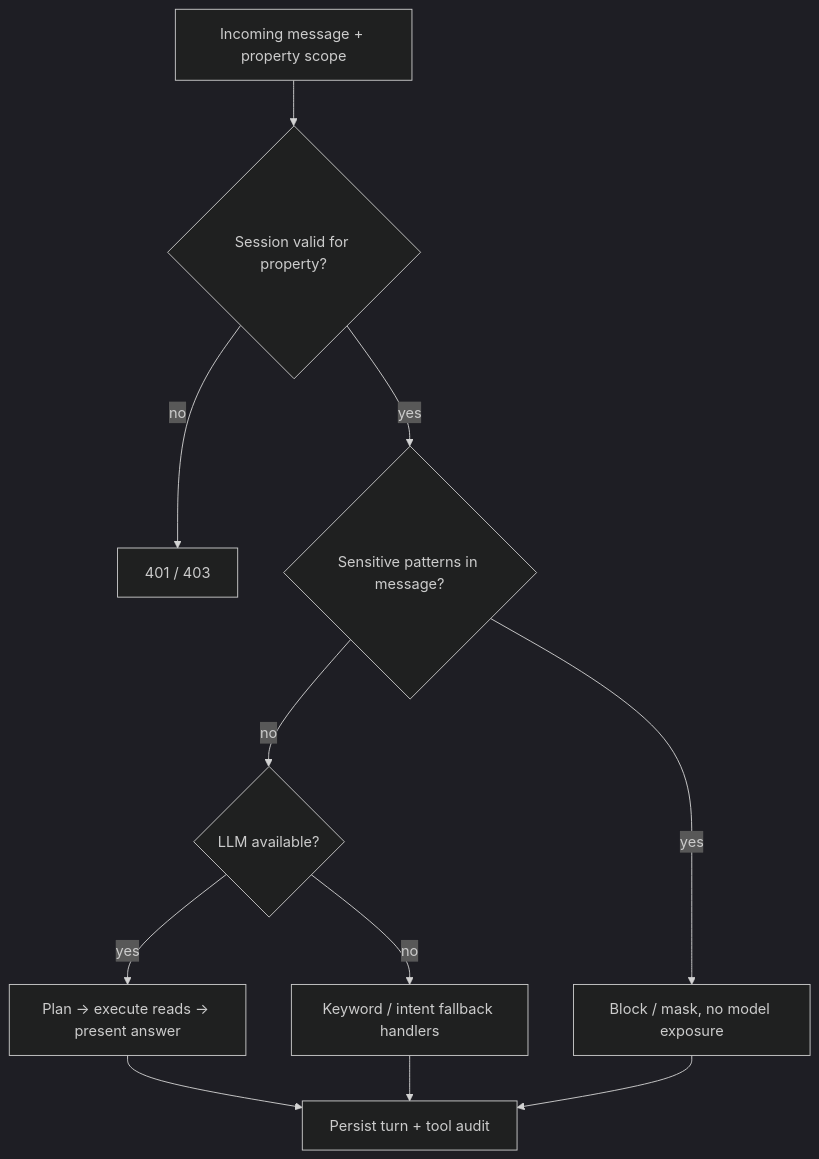
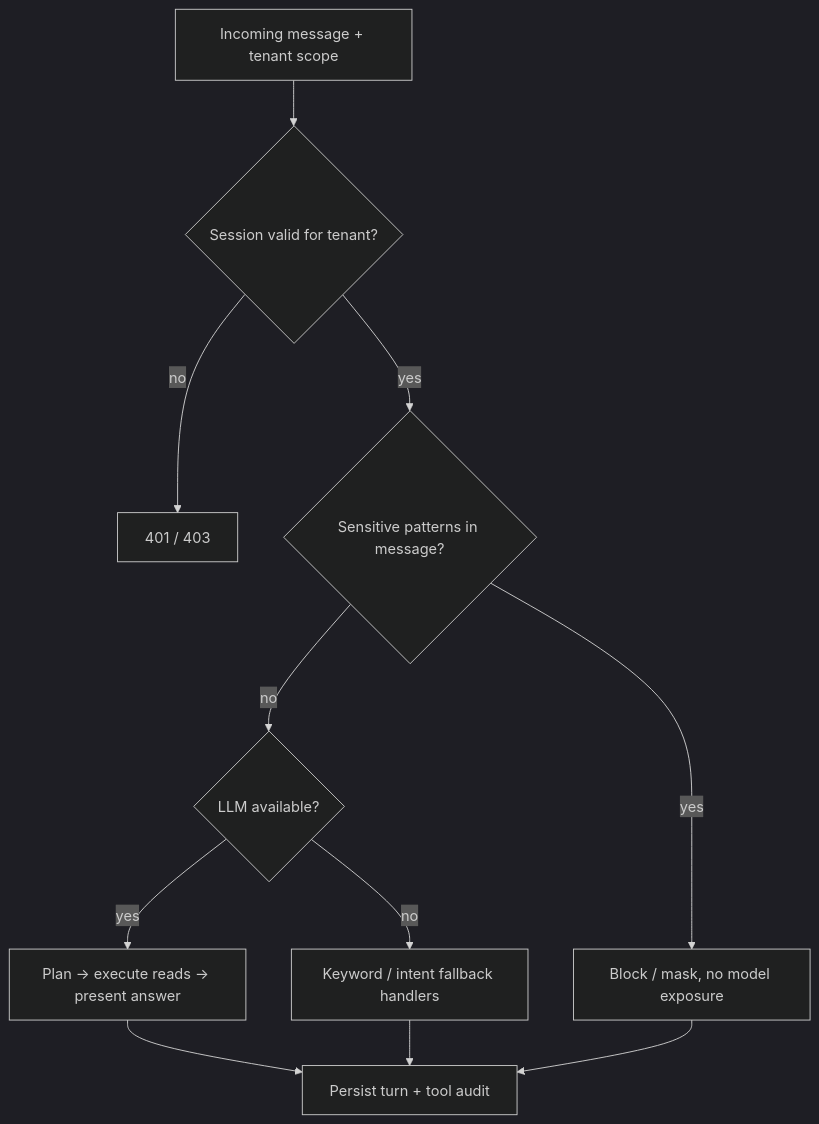
The second of 6 diagrams in content/blog/hotel-pms-ai-orchestrator.mdx (sahsisunny/Personal-Portfolio), drawn with Mermaid (dark theme) before and after one commit. The commit also changed other lines of this file and 7 other files, not shown here.

````diff
--- a/content/blog/hotel-pms-ai-orchestrator.mdx
+++ b/content/blog/hotel-pms-ai-orchestrator.mdx
@@ -89,13 +92,13 @@
 ```mermaid
 flowchart TD
-  A["Incoming message + property scope"] --> B{"Session valid for property?"}
+  A["Incoming message + tenant scope"] --> B{"Session valid for tenant?"}
   B -- no --> Z["401 / 403"]
   B -- yes --> C{"Sensitive patterns in message?"}
   C -- yes --> PCI["Block / mask, no model exposure"]
   C -- no --> D{"LLM available?"}
   D -- yes --> P["Plan → execute reads → present answer"]
   D -- no --> F["Keyword / intent fallback handlers"]
   P --> S["Persist turn + tool audit"]
   F --> S
   PCI --> S
 ```
````
